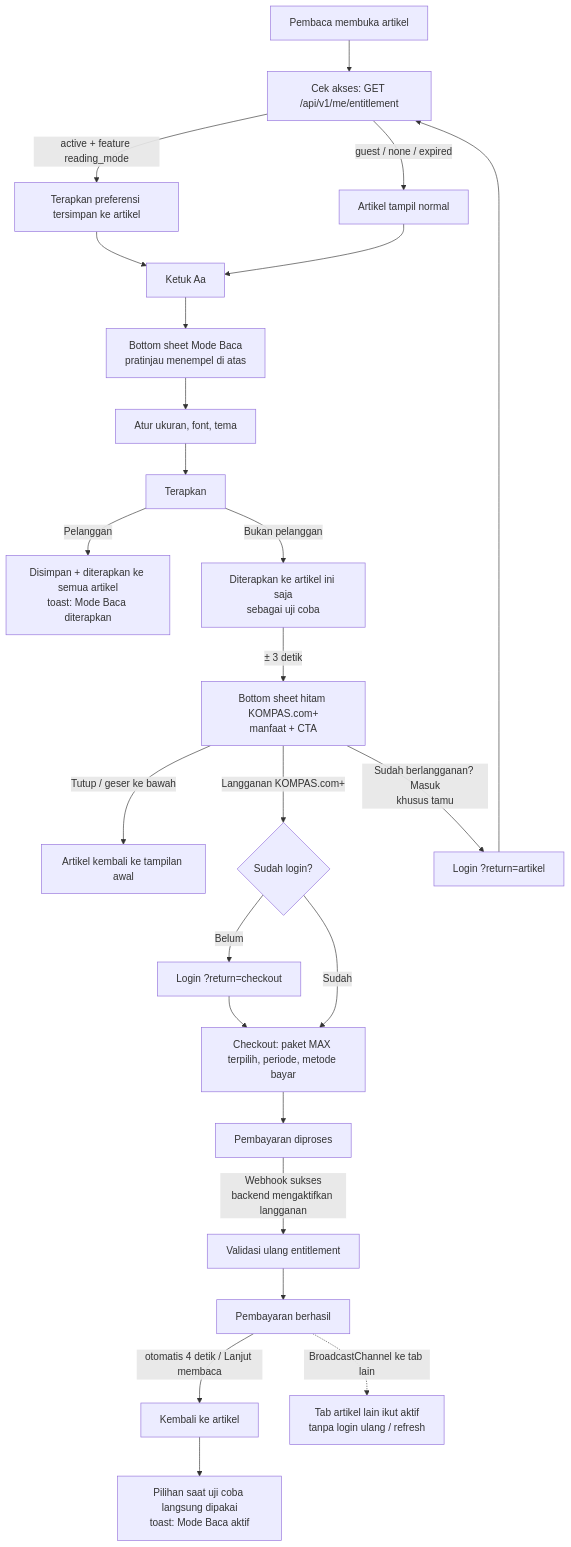
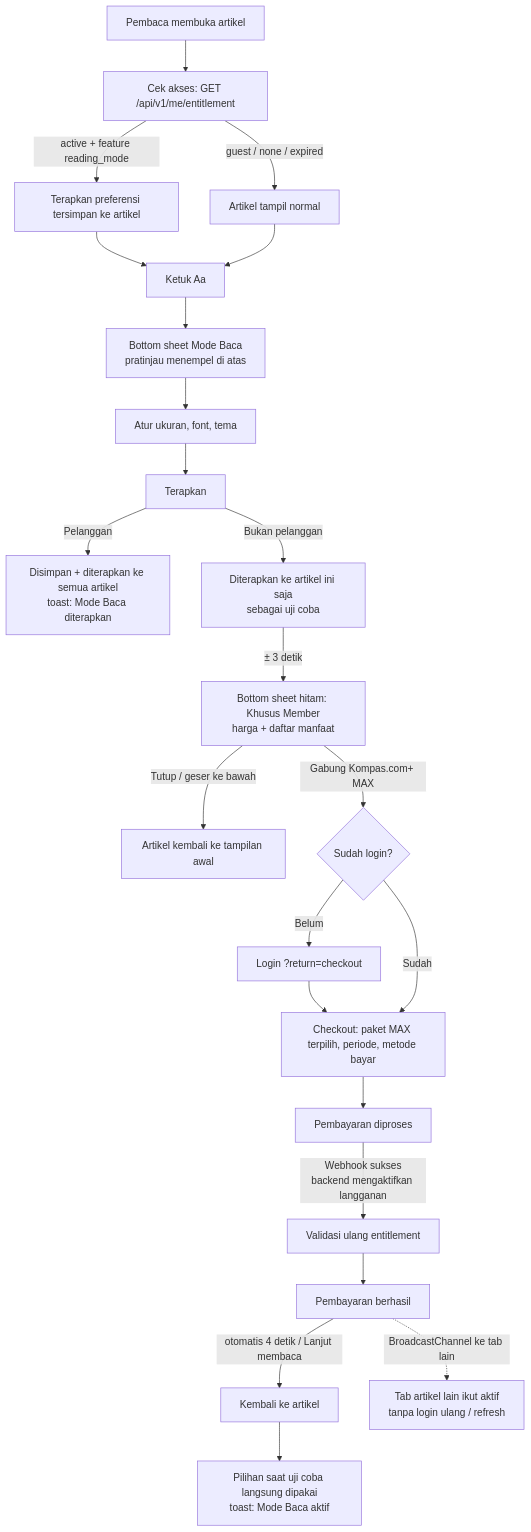
One commit to kcmprodes-tech/web-kompascom changed the diagram in docs/reading-mode-flow.md. Above: the diagram before and after it, drawn with Mermaid. The commit also changed other lines of this file and 2 other files, not shown here.

First line of the commit message:
style(reading-mode): offer sheet after the trial from Figma 11781:34846

````diff
--- a/docs/reading-mode-flow.md
+++ b/docs/reading-mode-flow.md
@@ -22,28 +22,27 @@
 ```mermaid
 flowchart TD
   A[Pembaca membuka artikel] --> B[Cek akses: GET /api/v1/me/entitlement]
   B -->|active + feature reading_mode| C[Terapkan preferensi tersimpan ke artikel]
   B -->|guest / none / expired| D[Artikel tampil normal]
 
   C --> E[Ketuk Aa]
   D --> E
   E --> F[Bottom sheet Mode Baca<br/>pratinjau menempel di atas]
   F --> G[Atur ukuran, font, tema] --> H[Terapkan]
 
   H -->|Pelanggan| I[Disimpan + diterapkan ke semua artikel<br/>toast: Mode Baca diterapkan]
   H -->|Bukan pelanggan| J[Diterapkan ke artikel ini saja<br/>sebagai uji coba]
-  J -->|± 3 detik| K[Bottom sheet hitam KOMPAS.com+<br/>manfaat + CTA]
+  J -->|± 3 detik| K[Bottom sheet hitam: Khusus Member<br/>harga + daftar manfaat]
 
   K -->|Tutup / geser ke bawah| L[Artikel kembali ke tampilan awal]
-  K -->|Langganan KOMPAS.com+| M{Sudah login?}
-  K -->|Sudah berlangganan? Masuk<br/>khusus tamu| N[Login ?return=artikel] --> B
+  K -->|Gabung Kompas.com+ MAX| M{Sudah login?}
   M -->|Belum| O[Login ?return=checkout] --> P
   M -->|Sudah| P[Checkout: paket MAX terpilih, periode, metode bayar]
   P --> Q[Pembayaran diproses]
   Q -->|Webhook sukses<br/>backend mengaktifkan langganan| R[Validasi ulang entitlement]
   R --> S[Pembayaran berhasil]
   S -->|otomatis 4 detik / Lanjut membaca| T[Kembali ke artikel]
   T --> U[Pilihan saat uji coba langsung dipakai<br/>toast: Mode Baca aktif]
 
   S -.->|BroadcastChannel ke tab lain| V[Tab artikel lain ikut aktif<br/>tanpa login ulang / refresh]
 ```
````
